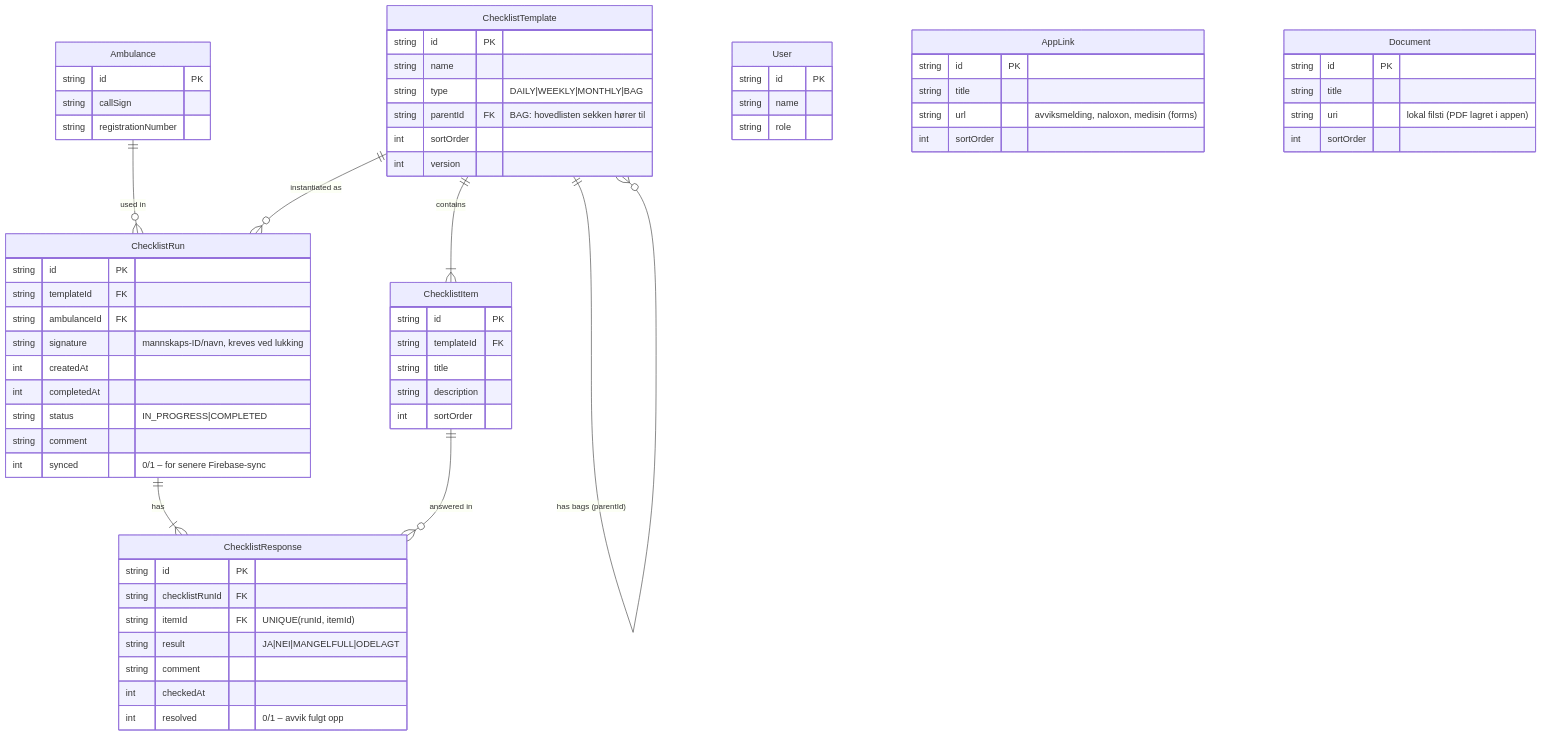
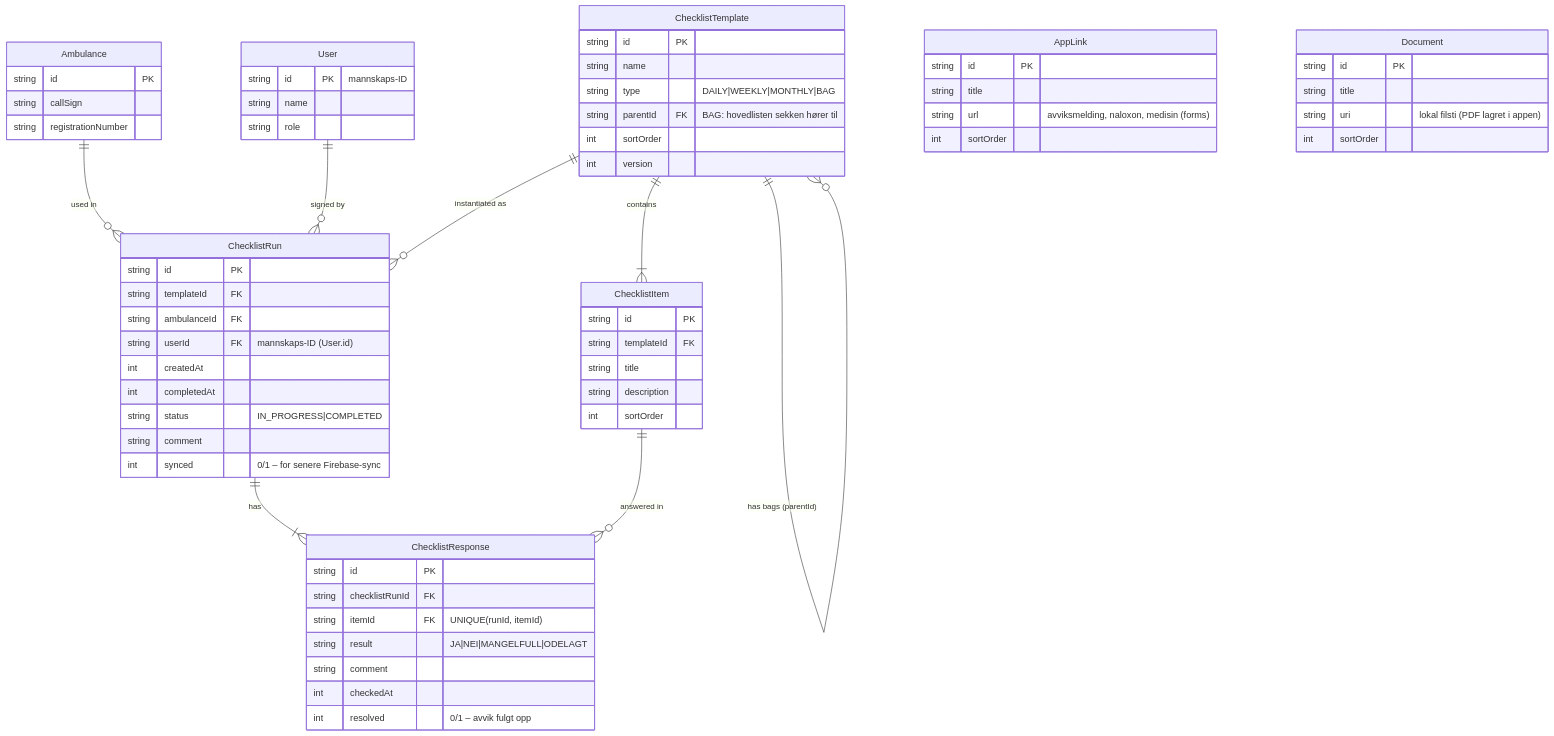
The diagram in diagrams/database.md (Vegardmykle/RedCross-Ambulance), drawn with Mermaid before and after one commit. The commit also changed other lines of this file and 4 other files, not shown here.

````diff
--- a/diagrams/database.md
+++ b/diagrams/database.md
@@ -3,74 +3,75 @@
 ```mermaid
 erDiagram
     Ambulance ||--o{ ChecklistRun : "used in"
+    User ||--o{ ChecklistRun : "signed by"
     ChecklistTemplate ||--o{ ChecklistTemplate : "has bags (parentId)"
     ChecklistTemplate ||--|{ ChecklistItem : "contains"
     ChecklistTemplate ||--o{ ChecklistRun : "instantiated as"
     ChecklistRun ||--|{ ChecklistResponse : "has"
     ChecklistItem ||--o{ ChecklistResponse : "answered in"
 
     Ambulance {
         string id PK
         string callSign
         string registrationNumber
     }
 
     User {
-        string id PK
+        string id PK "mannskaps-ID"
         string name
         string role
     }
 
     ChecklistTemplate {
         string id PK
         string name
         string type "DAILY|WEEKLY|MONTHLY|BAG"
         string parentId FK "BAG: hovedlisten sekken hører til"
         int sortOrder
         int version
     }
 
     ChecklistItem {
         string id PK
         string templateId FK
         string title
         string description
         int sortOrder
     }
 
     ChecklistRun {
         string id PK
         string templateId FK
         string ambulanceId FK
-        string signature "mannskaps-ID/navn, kreves ved lukking"
+        string userId FK "mannskaps-ID (User.id)"
         int createdAt
         int completedAt
         string status "IN_PROGRESS|COMPLETED"
         string comment
         int synced "0/1 – for senere Firebase-sync"
     }
 
     ChecklistResponse {
         string id PK
         string checklistRunId FK
         string itemId FK "UNIQUE(runId, itemId)"
         string result "JA|NEI|MANGELFULL|ODELAGT"
         string comment
         int checkedAt
         int resolved "0/1 – avvik fulgt opp"
     }
 
     AppLink {
         string id PK
         string title
         string url "avviksmelding, naloxon, medisin (forms)"
         int sortOrder
     }
 
     Document {
         string id PK
         string title
         string uri "lokal filsti (PDF lagret i appen)"
         int sortOrder
     }
 ```
````
